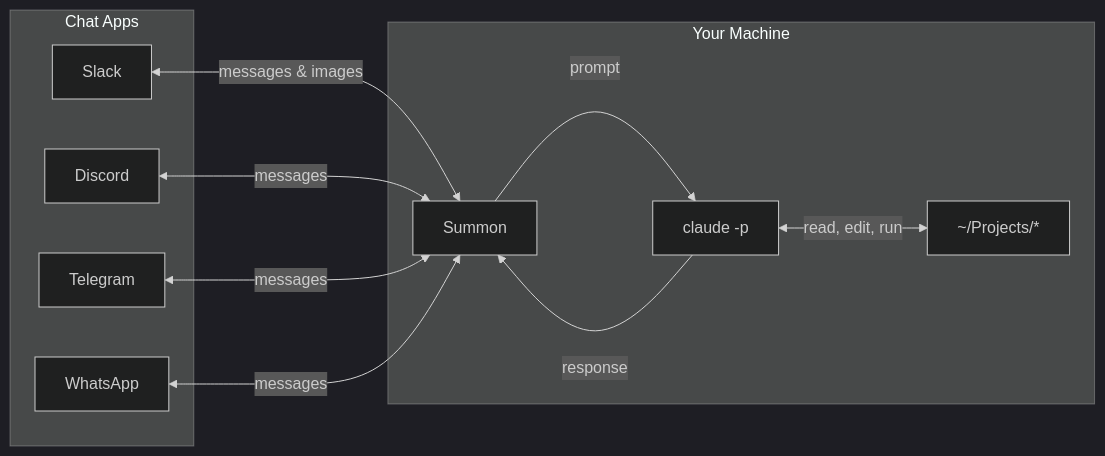
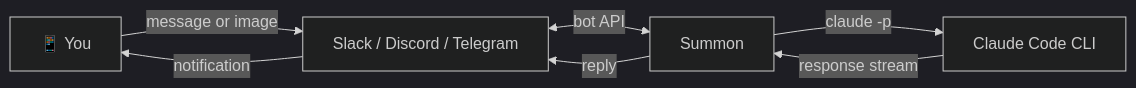
One commit to HopperShell/Summon changed the diagram in README.md. Above: the diagram before and after it, drawn with Mermaid (dark theme).

Commit message:
docs: simplify mermaid diagram to show message flow

````diff
--- a/README.md
+++ b/README.md
@@ -13,24 +13,9 @@
 ```mermaid
 graph LR
-    subgraph Chat Apps
-        Slack
-        Discord
-        Telegram
-        WhatsApp
-    end
-
-    subgraph Your Machine
-        Summon
-        Claude["claude -p"]
-        Projects["~/Projects/*"]
-    end
-
-    Slack <-->|messages & images| Summon
-    Discord <-->|messages| Summon
-    Telegram <-->|messages| Summon
-    WhatsApp <-->|messages| Summon
-
-    Summon -->|prompt| Claude
-    Claude -->|response| Summon
-    Claude <-->|read, edit, run| Projects
+    You["📱 You"] -->|message or image| Chat["Slack / Discord / Telegram"]
+    Chat <-->|bot API| Summon
+    Summon -->|claude -p| CLI["Claude Code CLI"]
+    CLI -->|response stream| Summon
+    Summon -->|reply| Chat
+    Chat -->|notification| You
 ```
````
